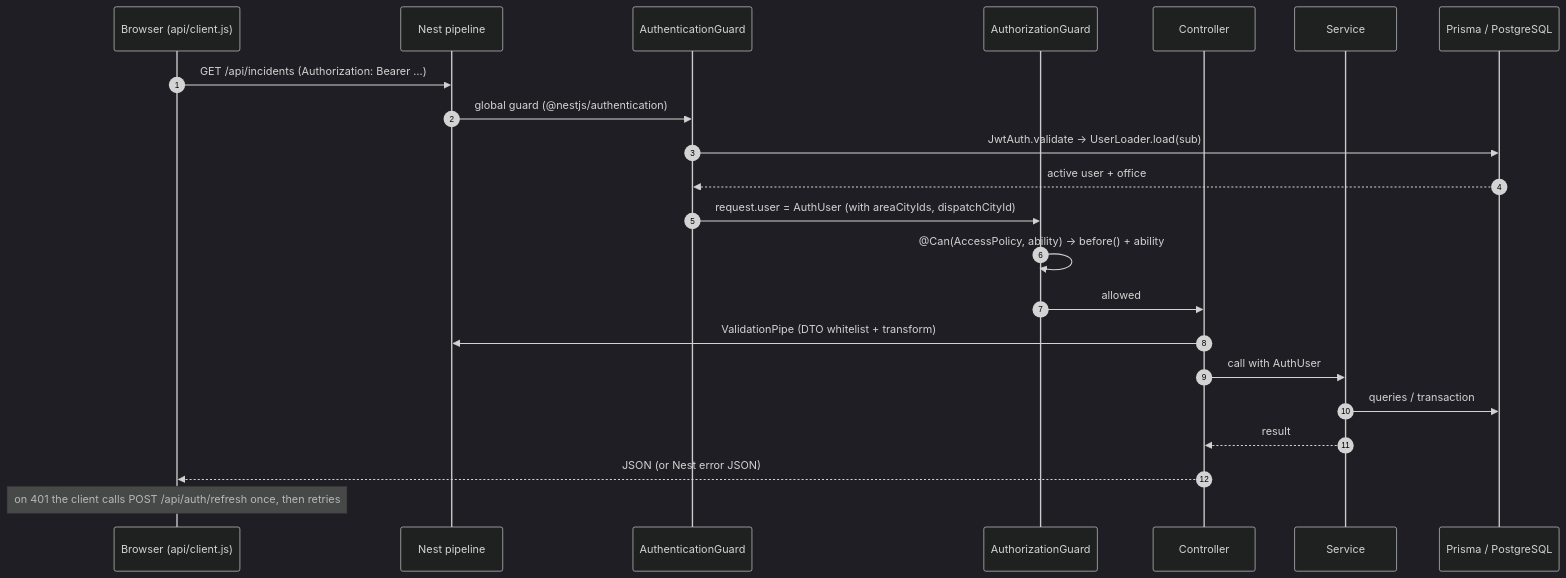
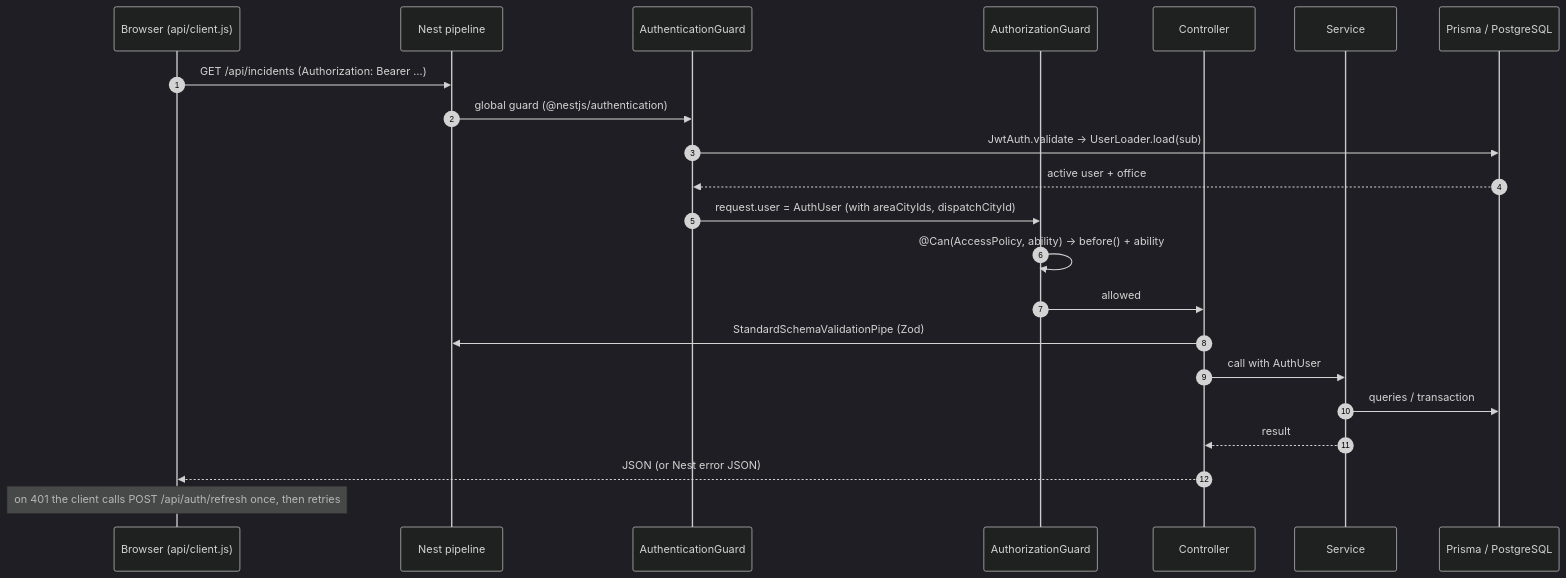
The second of 3 diagrams in docs/architecture/overview.md (geofreybazar/runningcardsystem), drawn with Mermaid (dark theme) before and after one commit. The commit also changed other lines of this file and 57 other files, not shown here.

````diff
--- a/docs/architecture/overview.md
+++ b/docs/architecture/overview.md
@@ -44,24 +44,24 @@
 ```mermaid
 sequenceDiagram
   autonumber
   participant B as Browser (api/client.js)
   participant N as Nest pipeline
   participant G1 as AuthenticationGuard
   participant G2 as AuthorizationGuard
   participant C as Controller
   participant S as Service
   participant P as Prisma / PostgreSQL
   B->>N: GET /api/incidents (Authorization: Bearer …)
   N->>G1: global guard (@nestjs/authentication)
   G1->>P: JwtAuth.validate → UserLoader.load(sub)
   P-->>G1: active user + office
   G1->>G2: request.user = AuthUser (with areaCityIds, dispatchCityId)
   G2->>G2: @Can(AccessPolicy, ability) → before() + ability
   G2->>C: allowed
-  C->>N: ValidationPipe (DTO whitelist + transform)
+  C->>N: StandardSchemaValidationPipe (Zod)
   C->>S: call with AuthUser
   S->>P: queries / transaction
   S-->>C: result
   C-->>B: JSON (or Nest error JSON)
   Note over B: on 401 the client calls POST /api/auth/refresh once, then retries
 ```
````
